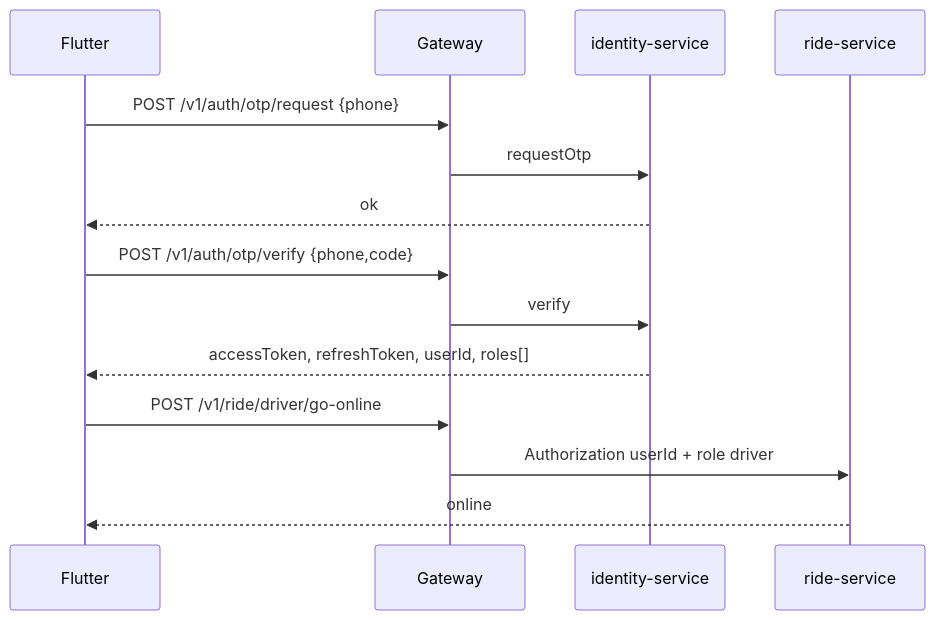
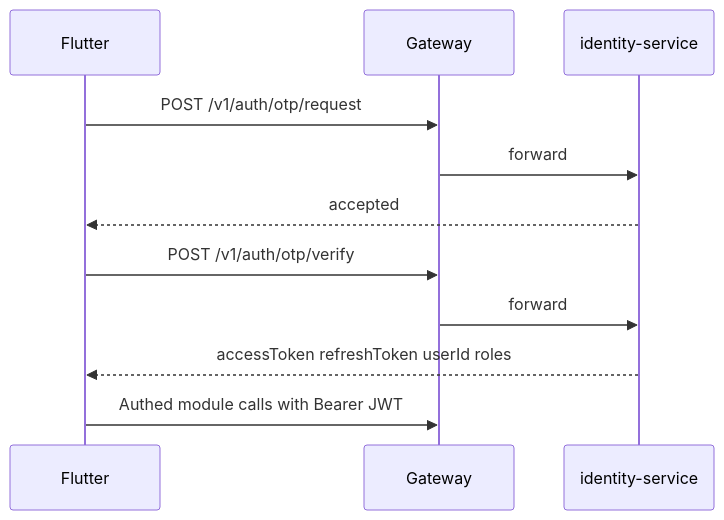
The fourth of 12 diagrams in docs/architecture.md (zewdnehnathan/maekel), drawn with Mermaid before and after one commit. The commit also changed other lines of this file and 41 other files, not shown here.

````diff
--- a/docs/architecture.md
+++ b/docs/architecture.md
@@ -206,17 +175,14 @@
 ```mermaid
 sequenceDiagram
   participant App as Flutter
   participant GW as Gateway
   participant ID as identity-service
-  participant Ride as ride-service
 
-  App->>GW: POST /v1/auth/otp/request {phone}
-  GW->>ID: requestOtp
-  ID-->>App: ok
-  App->>GW: POST /v1/auth/otp/verify {phone,code}
-  GW->>ID: verify
-  ID-->>App: accessToken, refreshToken, userId, roles[]
-  App->>GW: POST /v1/ride/driver/go-online
-  GW->>Ride: Authorization userId + role driver
-  Ride-->>App: online
+  App->>GW: POST /v1/auth/otp/request
+  GW->>ID: forward
+  ID-->>App: accepted
+  App->>GW: POST /v1/auth/otp/verify
+  GW->>ID: forward
+  ID-->>App: accessToken refreshToken userId roles
+  App->>GW: Authed module calls with Bearer JWT
 ```
````
